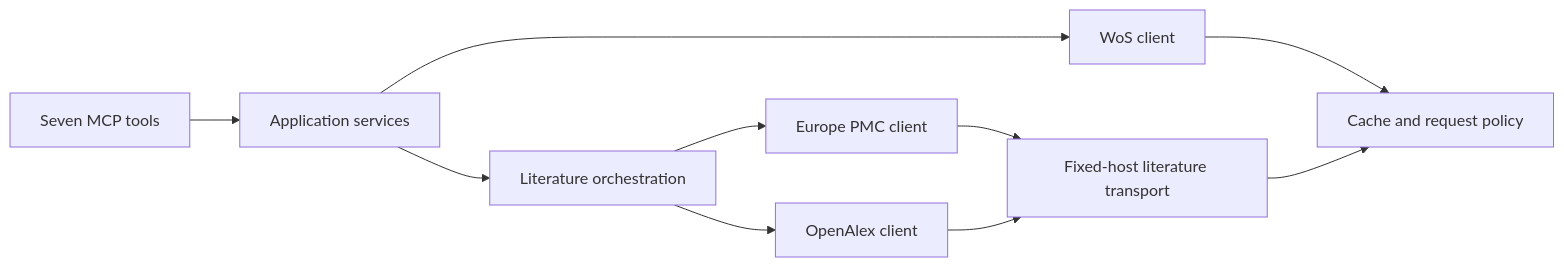
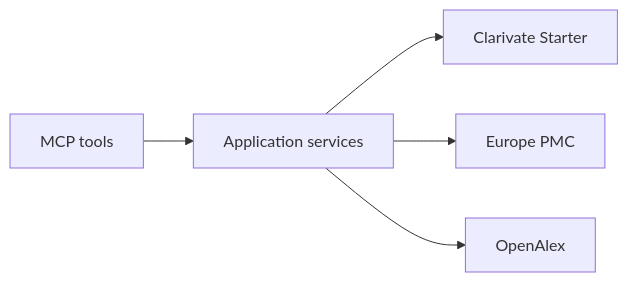
The diagram in README.md (hrabosh/wos-mcp-bridge), drawn with Mermaid before and after one commit. The commit also changed other lines of this file and 9 other files, not shown here.

````diff
--- a/README.md
+++ b/README.md
@@ -268,12 +87,7 @@
 ```mermaid
 flowchart LR
-    MCP[Seven MCP tools] --> Services[Application services]
-    Services --> WoS[WoS client]
-    Services --> Literature[Literature orchestration]
-    Literature --> PMC[Europe PMC client]
-    Literature --> OA[OpenAlex client]
-    WoS --> Policies[Cache and request policy]
-    PMC --> Transport[Fixed-host literature transport]
-    OA --> Transport
-    Transport --> Policies
+    MCP[MCP tools] --> App[Application services]
+    App --> WoS[Clarivate Starter]
+    App --> PMC[Europe PMC]
+    App --> OA[OpenAlex]
 ```
````
